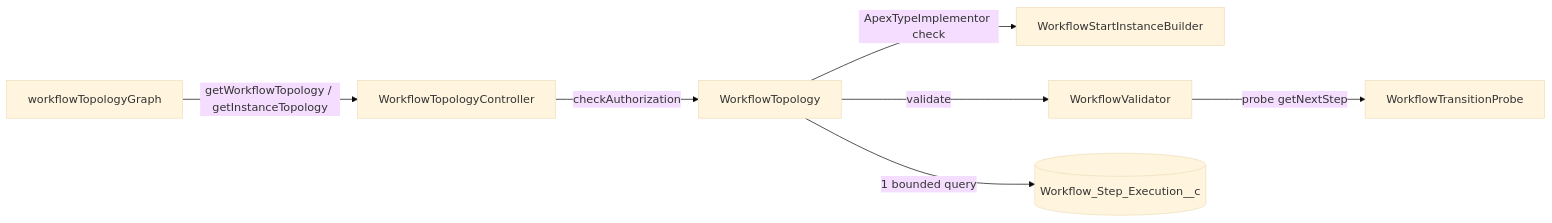
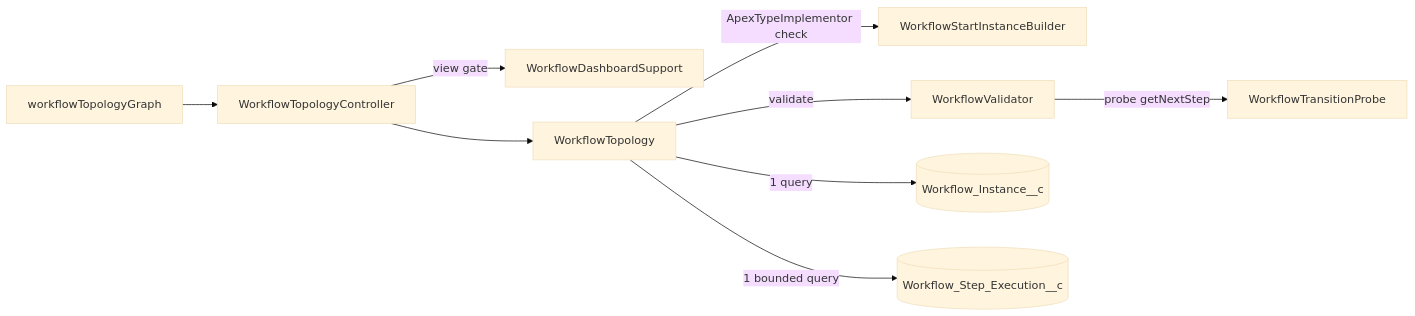
Before and after one commit to madmax983/revenant: the diagram in docs/topology-graph.md, drawn with Mermaid (base theme). The commit also changed other lines of this file and 23 other files, not shown here.

````diff
--- a/docs/topology-graph.md
+++ b/docs/topology-graph.md
@@ -18,9 +28,11 @@
 ```mermaid
 flowchart LR
-    LWC[workflowTopologyGraph] -->|getWorkflowTopology / getInstanceTopology| C[WorkflowTopologyController]
-    C -->|checkAuthorization| G[WorkflowTopology]
+    LWC[workflowTopologyGraph] --> C[WorkflowTopologyController]
+    C -->|view gate| A[WorkflowDashboardSupport]
+    C --> G[WorkflowTopology]
     G -->|ApexTypeImplementor check| B[WorkflowStartInstanceBuilder]
     G -->|validate| V[WorkflowValidator]
     V -->|probe getNextStep| P[WorkflowTransitionProbe]
+    G -->|1 query| I[(Workflow_Instance__c)]
     G -->|1 bounded query| S[(Workflow_Step_Execution__c)]
 ```
````
